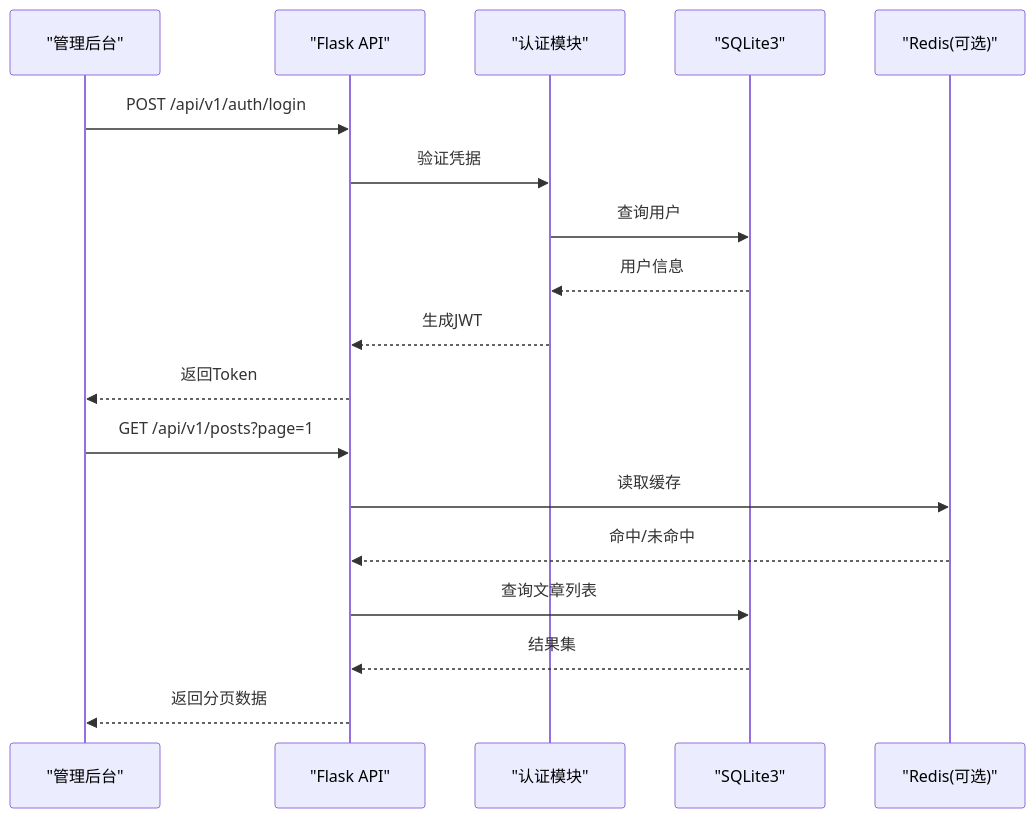
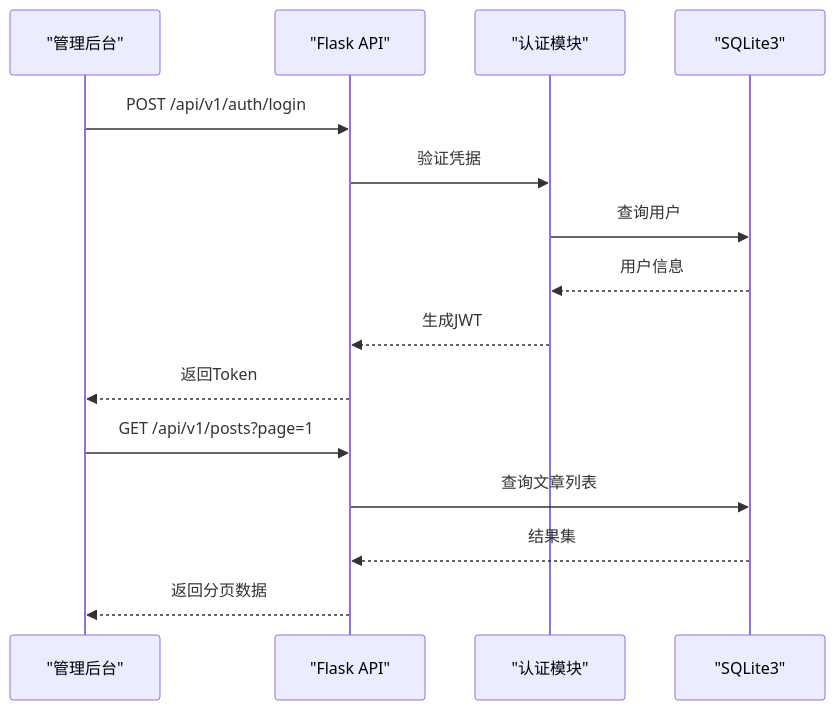
Before and after one commit to wyg5208/website_diy: the second of 6 diagrams in .qoder/repowiki/zh/content/项目实施计划/项目开发阶段/开发实施阶段.md, drawn with Mermaid. The commit also changed other lines of this file and 43 other files, not shown here.

````diff
--- a/.qoder/repowiki/zh/content/项目实施计划/项目开发阶段/开发实施阶段.md
+++ b/.qoder/repowiki/zh/content/项目实施计划/项目开发阶段/开发实施阶段.md
@@ -113,20 +253,17 @@
 ```mermaid
 sequenceDiagram
 participant Admin as "管理后台"
 participant API as "Flask API"
 participant Auth as "认证模块"
 participant DB as "SQLite3"
-participant Cache as "Redis(可选)"
 Admin->>API : POST /api/v1/auth/login
 API->>Auth : 验证凭据
 Auth->>DB : 查询用户
 DB-->>Auth : 用户信息
 Auth-->>API : 生成JWT
 API-->>Admin : 返回Token
 Admin->>API : GET /api/v1/posts?page=1
-API->>Cache : 读取缓存
-Cache-->>API : 命中/未命中
 API->>DB : 查询文章列表
 DB-->>API : 结果集
 API-->>Admin : 返回分页数据
 ```
````
